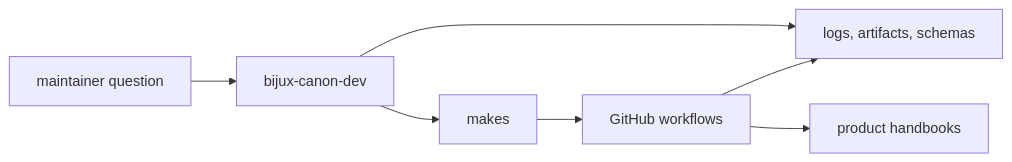
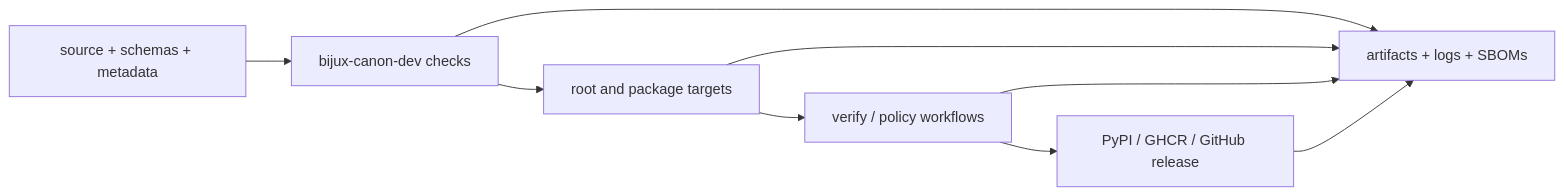
The diagram in docs/07-bijux-canon-maintain/index.md (bijux/bijux-canon), drawn with Mermaid before and after one commit. The commit also changed other lines of this file and 2 other files, not shown here.

Commit message:
docs(governance): connect contracts to release evidence

````diff
--- a/docs/07-bijux-canon-maintain/index.md
+++ b/docs/07-bijux-canon-maintain/index.md
@@ -29,13 +19,15 @@
 ```mermaid
 flowchart LR
-    maintainer["maintainer question"]
-    dev["bijux-canon-dev"]
-    makes["makes"]
-    workflows["GitHub workflows"]
-    evidence["logs, artifacts, schemas"]
-    product["product handbooks"]
+    source["source + schemas + metadata"]
+    dev["bijux-canon-dev checks"]
+    make["root and package targets"]
+    verify["verify / policy workflows"]
+    release["PyPI / GHCR / GitHub release"]
+    evidence["artifacts + logs + SBOMs"]
 
-    maintainer --> dev --> makes --> workflows --> evidence
+    source --> dev --> make --> verify --> release
     dev --> evidence
-    workflows --> product
+    make --> evidence
+    verify --> evidence
+    release --> evidence
 ```
````
